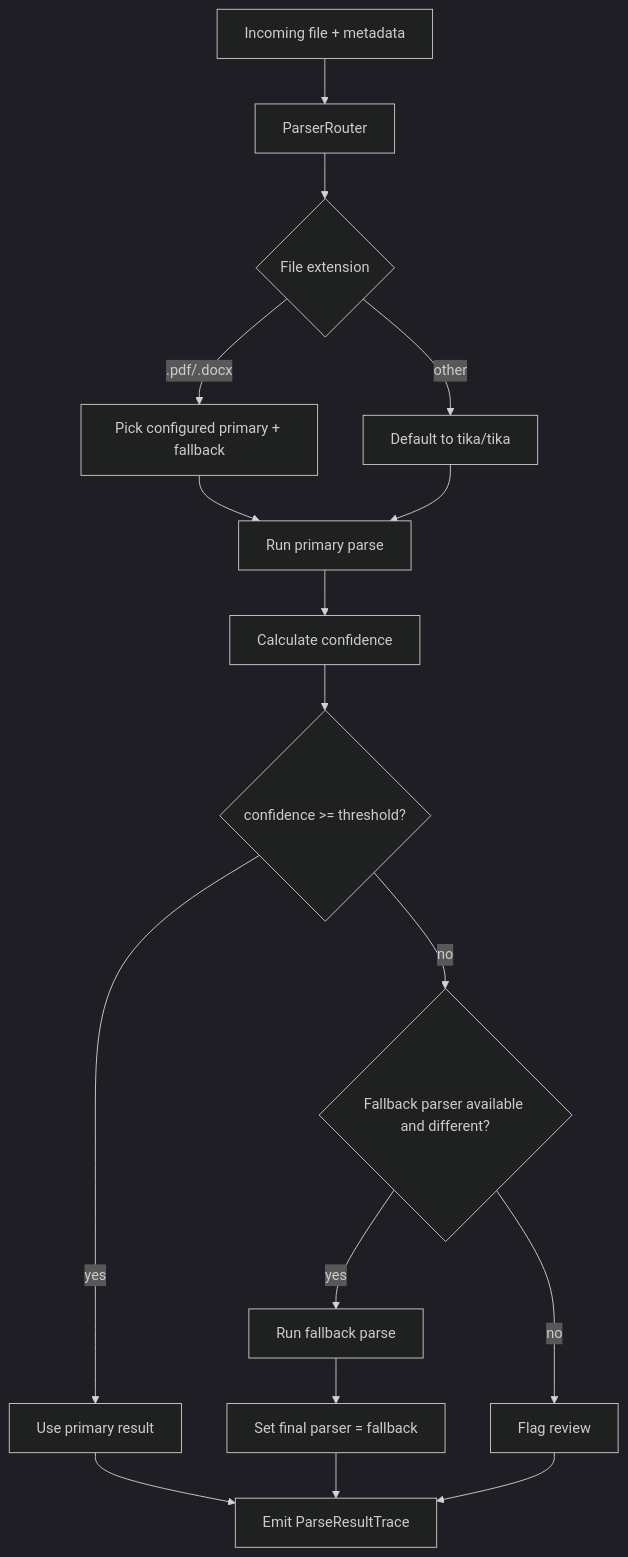
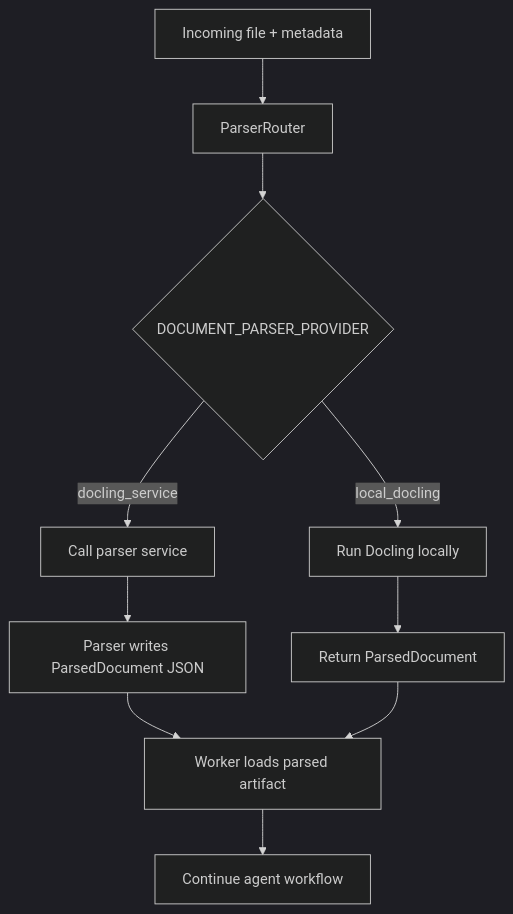
The fourth of 4 diagrams in Docs/DOC.md (divyang4481/resume-formatter), drawn with Mermaid (dark theme) before and after one commit. The commit also changed other lines of this file and 28 other files, not shown here.

Commit message:
Remove Tika parser references

````diff
--- a/Docs/DOC.md
+++ b/Docs/DOC.md
@@ -236,19 +234,12 @@
 ```mermaid
 flowchart TD
     A[Incoming file + metadata] --> B[ParserRouter]
-    B --> C{File extension}
-    C -->|.pdf/.docx| D[Pick configured primary + fallback]
-    C -->|other| E[Default to tika/tika]
-    D --> F[Run primary parse]
-    E --> F
-    F --> G[Calculate confidence]
-    G --> H{confidence >= threshold?}
-    H -->|yes| I[Use primary result]
-    H -->|no| J{Fallback parser available and different?}
-    J -->|yes| K[Run fallback parse]
-    J -->|no| L[Flag review]
-    K --> M[Set final parser = fallback]
-    I --> N[Emit ParseResultTrace]
-    M --> N
-    L --> N
+    B --> C{DOCUMENT_PARSER_PROVIDER}
+    C -->|docling_service| D[Call parser service]
+    C -->|local_docling| E[Run Docling locally]
+    D --> F[Parser writes ParsedDocument JSON]
+    E --> G[Return ParsedDocument]
+    F --> H[Worker loads parsed artifact]
+    G --> H
+    H --> I[Continue agent workflow]
 ```
````
